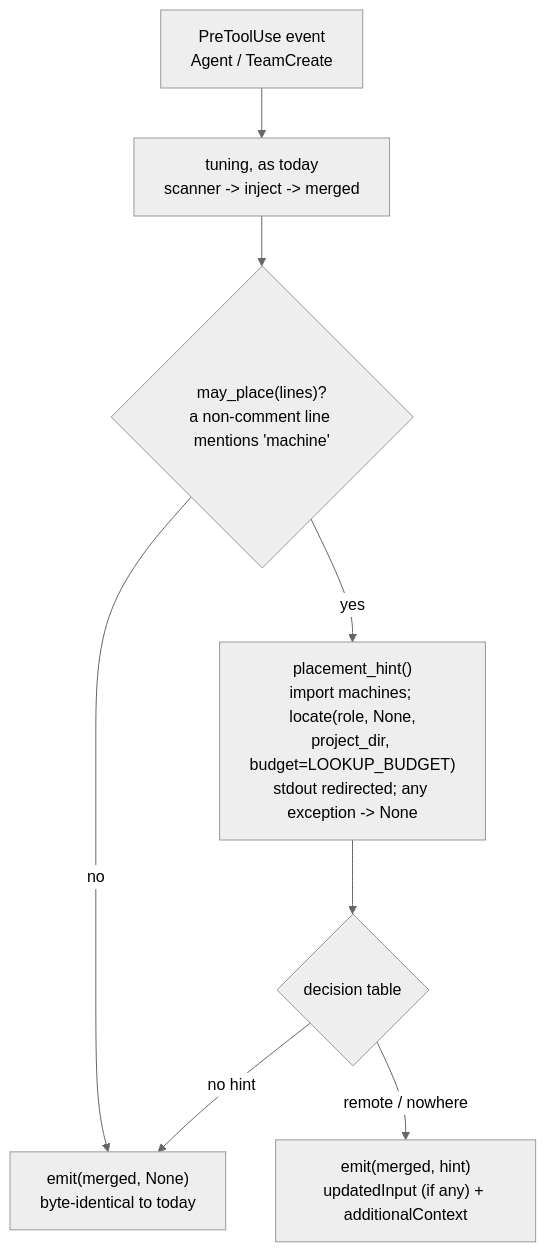
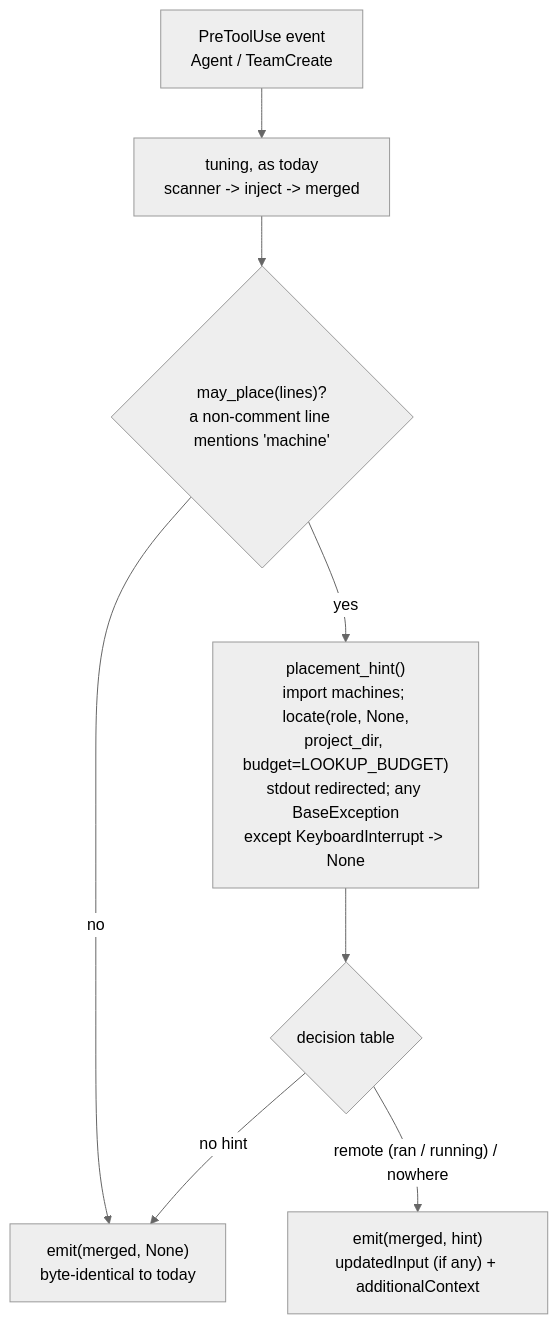
One commit to pattern-stack/claudecode-patterns changed the diagram in .ai-docs/stacks/machines/specs/138.md. Above: the diagram before and after it, drawn with Mermaid (neutral theme). The commit also changed other lines of this file, not shown here.

````diff
--- a/.ai-docs/stacks/machines/specs/138.md
+++ b/.ai-docs/stacks/machines/specs/138.md
@@ -112,10 +142,10 @@
 ```mermaid
 flowchart TD
   E["PreToolUse event<br/>Agent / TeamCreate"] --> T["tuning, as today<br/>scanner -> inject -> merged"]
   T --> G{"may_place(lines)?<br/>a non-comment line mentions 'machine'"}
   G -- no --> O["emit(merged, None)<br/>byte-identical to today"]
-  G -- yes --> L["placement_hint()<br/>import machines; locate(role, None,<br/>project_dir, budget=LOOKUP_BUDGET)<br/>stdout redirected; any exception -> None"]
+  G -- yes --> L["placement_hint()<br/>import machines; locate(role, None,<br/>project_dir, budget=LOOKUP_BUDGET)<br/>stdout redirected; any BaseException<br/>except KeyboardInterrupt -> None"]
   L --> D{"decision table"}
   D -- "no hint" --> O
-  D -- "remote / nowhere" --> H["emit(merged, hint)<br/>updatedInput (if any) + additionalContext"]
+  D -- "remote (ran / running) / nowhere" --> H["emit(merged, hint)<br/>updatedInput (if any) + additionalContext"]
 ```
````
